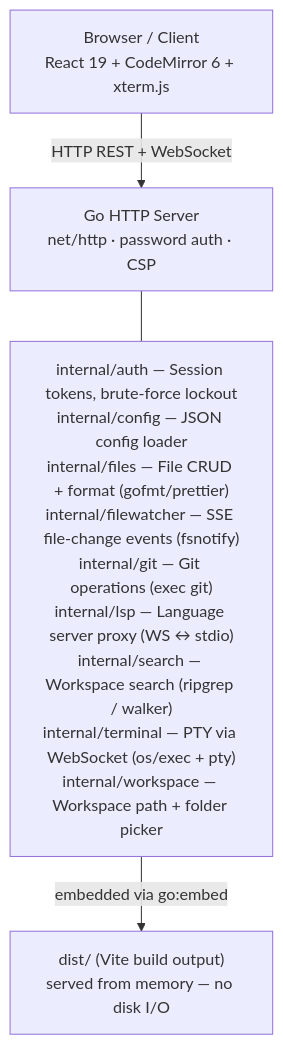
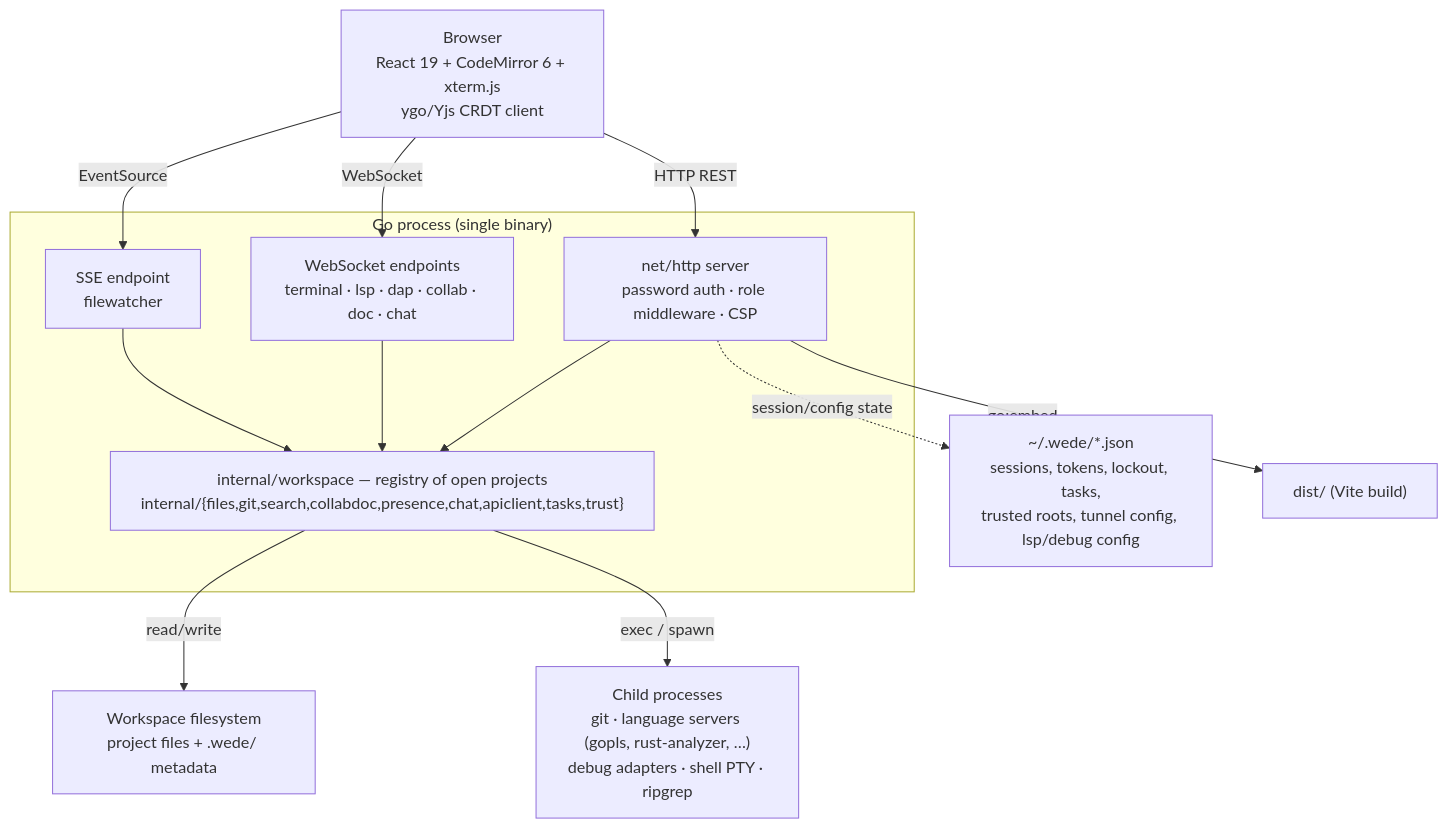
One commit to vul-os/wede changed the first of 2 diagrams in docs/ARCHITECTURE.md. Above: the diagram before and after it, drawn with Mermaid. The commit also changed other lines of this file and 32 other files, not shown here.

````diff
--- a/docs/ARCHITECTURE.md
+++ b/docs/ARCHITECTURE.md
@@ -9,10 +9,28 @@
 ```mermaid
 flowchart TD
-    Client["Browser / Client<br/>React 19 + CodeMirror 6 + xterm.js"]
-    Server["Go HTTP Server<br/>net/http · password auth · CSP"]
-    Internal["internal/auth — Session tokens, brute-force lockout<br/>internal/config — JSON config loader<br/>internal/files — File CRUD + format (gofmt/prettier)<br/>internal/filewatcher — SSE file-change events (fsnotify)<br/>internal/git — Git operations (exec git)<br/>internal/lsp — Language server proxy (WS ↔ stdio)<br/>internal/search — Workspace search (ripgrep / walker)<br/>internal/terminal — PTY via WebSocket (os/exec + pty)<br/>internal/workspace — Workspace path + folder picker"]
-    Dist["dist/ (Vite build output)<br/>served from memory — no disk I/O"]
-    Client -->|"HTTP REST + WebSocket"| Server
-    Server --- Internal
-    Internal -->|"embedded via go:embed"| Dist
+    Browser["Browser<br/>React 19 + CodeMirror 6 + xterm.js<br/>ygo/Yjs CRDT client"]
+
+    subgraph Server["Go process (single binary)"]
+        HTTP["net/http server<br/>password auth · role middleware · CSP"]
+        WS["WebSocket endpoints<br/>terminal · lsp · dap · collab · doc · chat"]
+        SSE["SSE endpoint<br/>filewatcher"]
+        WSPKGS["internal/workspace — registry of open projects<br/>internal/{files,git,search,collabdoc,presence,chat,apiclient,tasks,trust}"]
+    end
+
+    FS["Workspace filesystem<br/>project files + .wede/ metadata"]
+    Children["Child processes<br/>git · language servers (gopls, rust-analyzer, …)<br/>debug adapters · shell PTY · ripgrep"]
+    Home["~/.wede/*.json<br/>sessions, tokens, lockout, tasks,<br/>trusted roots, tunnel config, lsp/debug config"]
+
+    Browser -->|"HTTP REST"| HTTP
+    Browser -->|"WebSocket"| WS
+    Browser -->|"EventSource"| SSE
+    HTTP --> WSPKGS
+    WS --> WSPKGS
+    SSE --> WSPKGS
+    WSPKGS -->|"read/write"| FS
+    WSPKGS -->|"exec / spawn"| Children
+    HTTP -.->|"session/config state"| Home
+
+    Dist["dist/ (Vite build)"]
+    HTTP -->|"go:embed"| Dist
 ```
````
